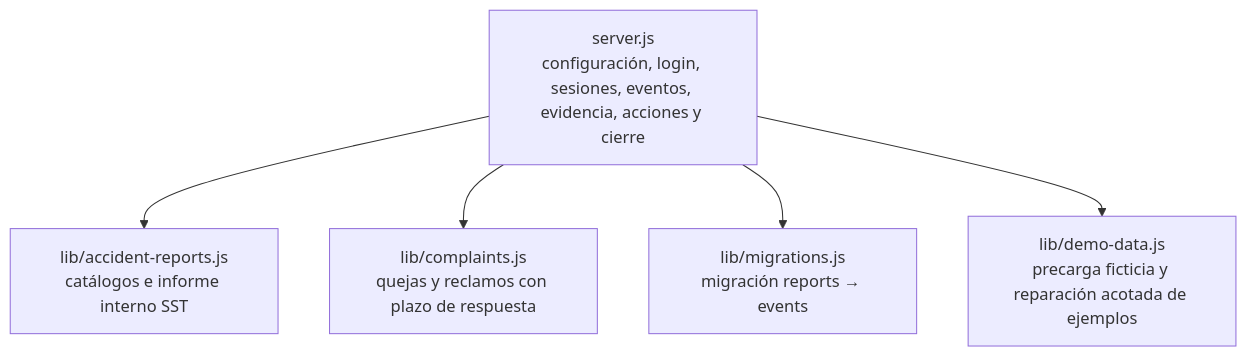
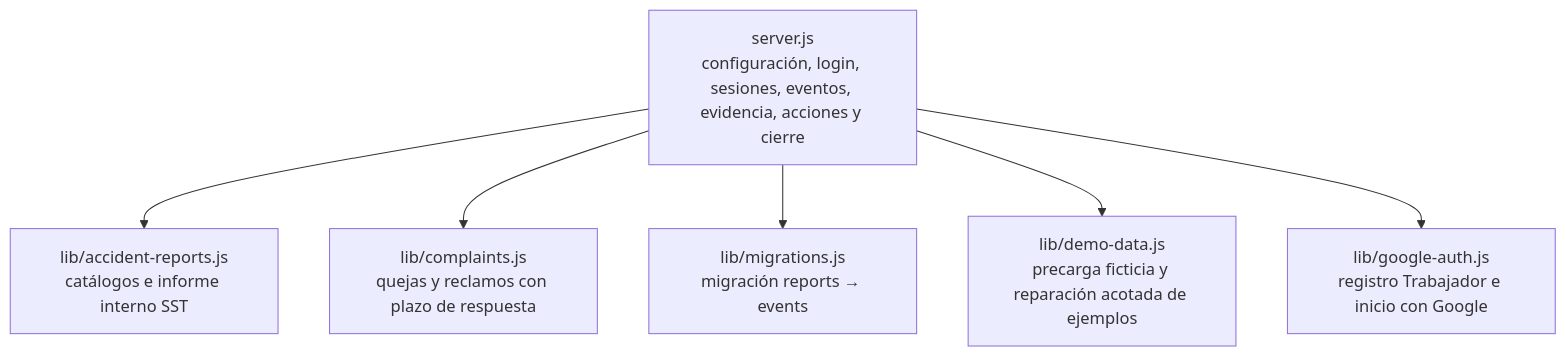
The second of 3 diagrams in docs/Arquitectura.md (HEFRA-ws/ProyectoIngSoftware), drawn with Mermaid before and after one commit. The commit also changed other lines of this file and 15 other files, not shown here.

````diff
--- a/docs/Arquitectura.md
+++ b/docs/Arquitectura.md
@@ -35,12 +39,14 @@
 ```mermaid
 flowchart TB
   A["server.js<br/>configuración, login, sesiones, eventos, evidencia, acciones y cierre"]
   B["lib/accident-reports.js<br/>catálogos e informe interno SST"]
   C["lib/complaints.js<br/>quejas y reclamos con plazo de respuesta"]
   D["lib/migrations.js<br/>migración reports → events"]
   E["lib/demo-data.js<br/>precarga ficticia y reparación acotada de ejemplos"]
+  F["lib/google-auth.js<br/>registro Trabajador e inicio con Google"]
   A --> B
   A --> C
   A --> D
   A --> E
+  A --> F
 ```
````
